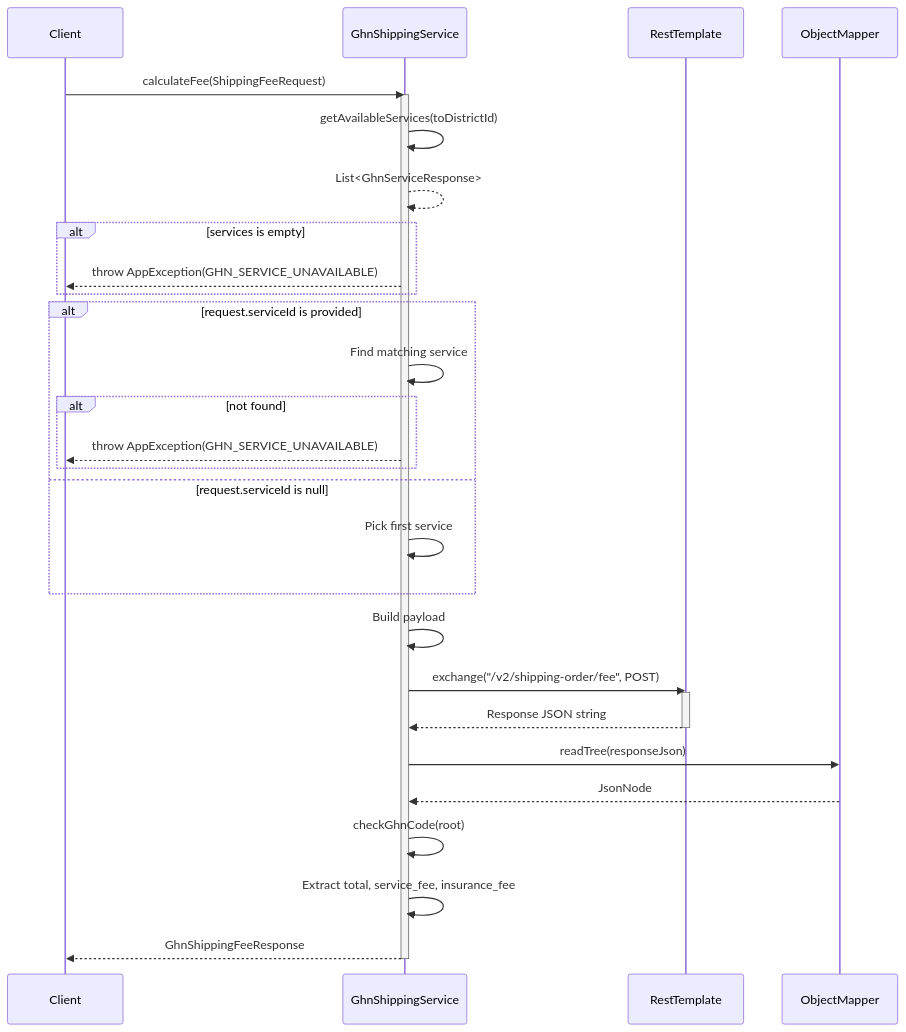
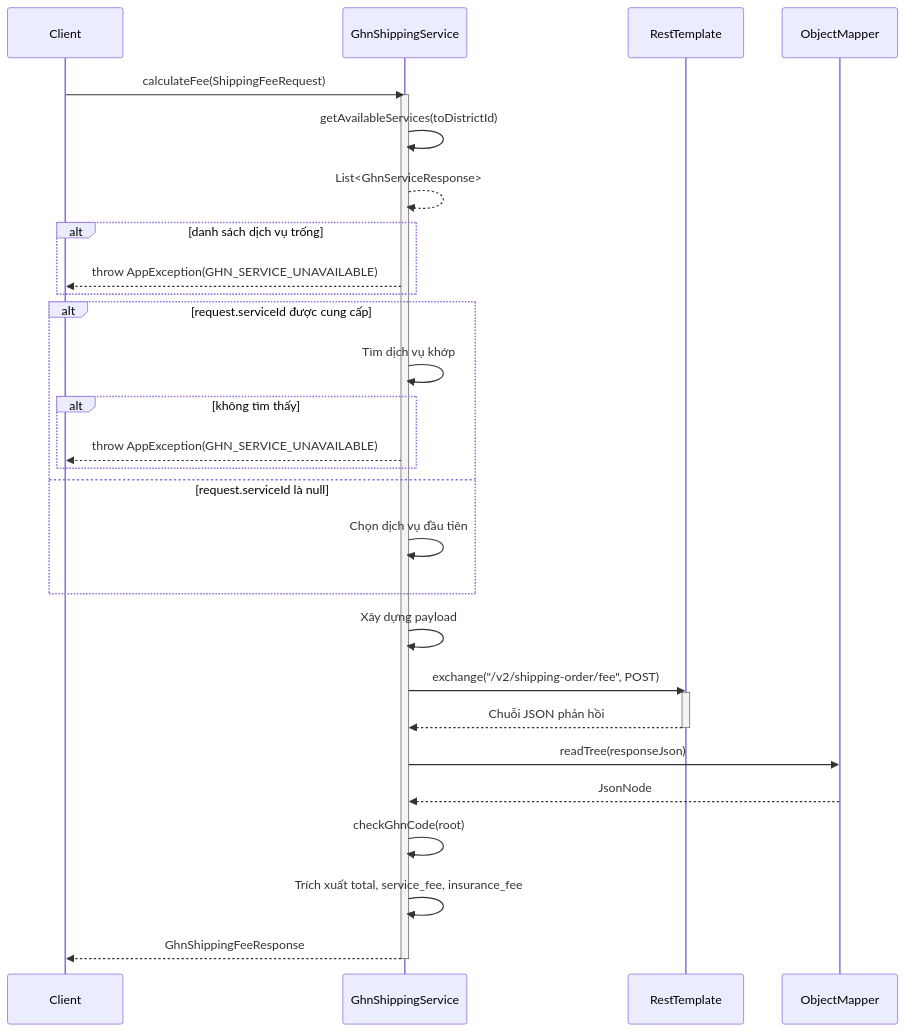
The third of 4 diagrams in .agent/sequence/ghn_services_sequence_diagrams.md (aquoc09/easymall), drawn with Mermaid before and after one commit. The commit also changed other lines of this file and 18 other files, not shown here.

Commit message:
UPDATE: Sequence diagram vietnamese

````diff
--- a/.agent/sequence/ghn_services_sequence_diagrams.md
+++ b/.agent/sequence/ghn_services_sequence_diagrams.md
@@ -86,43 +86,43 @@
 ```mermaid
 sequenceDiagram
     participant Client
     participant GhnShippingService
     participant RestTemplate
     participant ObjectMapper
 
     Client->>GhnShippingService: calculateFee(ShippingFeeRequest)
     activate GhnShippingService
 
     GhnShippingService->>GhnShippingService: getAvailableServices(toDistrictId)
     GhnShippingService-->>GhnShippingService: List<GhnServiceResponse>
 
-    alt services is empty
+    alt danh sách dịch vụ trống
         GhnShippingService-->>Client: throw AppException(GHN_SERVICE_UNAVAILABLE)
     end
 
-    alt request.serviceId is provided
-        GhnShippingService->>GhnShippingService: Find matching service
-        alt not found
+    alt request.serviceId được cung cấp
+        GhnShippingService->>GhnShippingService: Tìm dịch vụ khớp
+        alt không tìm thấy
             GhnShippingService-->>Client: throw AppException(GHN_SERVICE_UNAVAILABLE)
         end
-    else request.serviceId is null
-        GhnShippingService->>GhnShippingService: Pick first service
+    else request.serviceId là null
+        GhnShippingService->>GhnShippingService: Chọn dịch vụ đầu tiên
     end
 
-    GhnShippingService->>GhnShippingService: Build payload
+    GhnShippingService->>GhnShippingService: Xây dựng payload
 
     GhnShippingService->>RestTemplate: exchange("/v2/shipping-order/fee", POST)
     activate RestTemplate
-    RestTemplate-->>GhnShippingService: Response JSON string
+    RestTemplate-->>GhnShippingService: Chuỗi JSON phản hồi
     deactivate RestTemplate
 
     GhnShippingService->>ObjectMapper: readTree(responseJson)
     ObjectMapper-->>GhnShippingService: JsonNode
 
     GhnShippingService->>GhnShippingService: checkGhnCode(root)
 
-    GhnShippingService->>GhnShippingService: Extract total, service_fee, insurance_fee
+    GhnShippingService->>GhnShippingService: Trích xuất total, service_fee, insurance_fee
     
     GhnShippingService-->>Client: GhnShippingFeeResponse
     deactivate GhnShippingService
 ```
````
